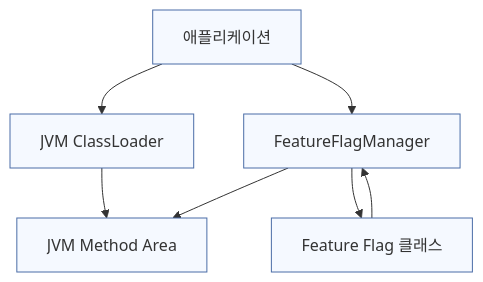
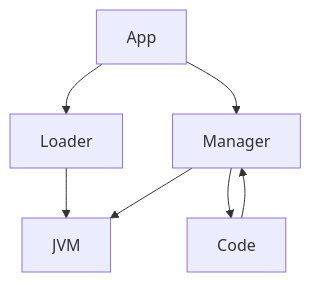
The fourth of 7 diagrams in _posts/2025-03-15-feature-flag-system.md (yeokyeong-yoon/yeokyeong-yoon.github.io), drawn with Mermaid before and after one commit. The commit also changed other lines of this file, not shown here.

Commit message:
docs: further simplify mermaid diagrams to fix rendering errors

````diff
--- a/_posts/2025-03-15-feature-flag-system.md
+++ b/_posts/2025-03-15-feature-flag-system.md
@@ -708,15 +698,9 @@
 ```mermaid
 graph TD
-    App[애플리케이션] --> Loader[JVM ClassLoader]
-    Loader --> JVM[JVM Method Area]
-    App --> FFManager[FeatureFlagManager]
-    FFManager --> JVM
-    FFManager --> Code[Feature Flag 클래스]
-    Code --> FFManager
-    
-    style App fill:#f5f9ff,stroke:#4a6da7
-    style Loader fill:#f5f9ff,stroke:#4a6da7
-    style JVM fill:#f5f9ff,stroke:#4a6da7
-    style FFManager fill:#f5f9ff,stroke:#4a6da7
-    style Code fill:#f5f9ff,stroke:#4a6da7
+    App --> Loader
+    Loader --> JVM
+    App --> Manager
+    Manager --> JVM
+    Manager --> Code
+    Code --> Manager
 ```
````
